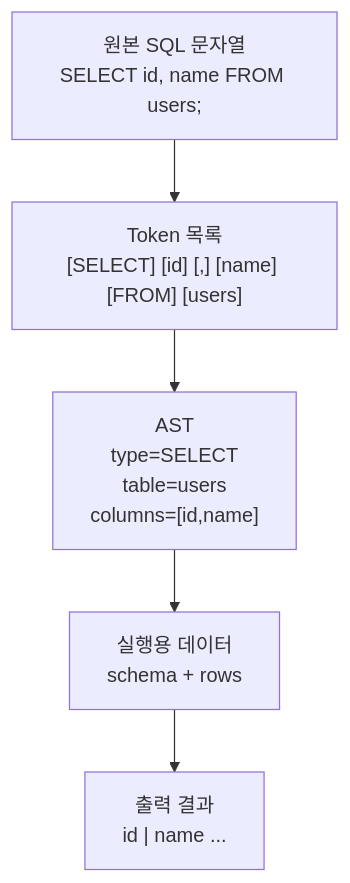
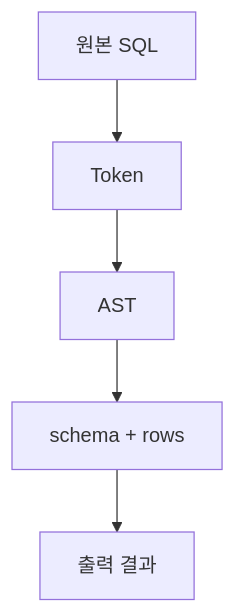
One commit to whiskend/sql-parser-engine changed the second of 11 diagrams in README.md. Above: the diagram before and after it, drawn with Mermaid. The commit also changed other lines of this file and 1 other file, not shown here.

````diff
--- a/README.md
+++ b/README.md
@@ -68,7 +38,7 @@
 ```mermaid
 flowchart TD
-    A["원본 SQL 문자열<br/>SELECT id, name FROM users;"] --> B["Token 목록<br/>[SELECT] [id] [,] [name] [FROM] [users]"]
-    B --> C["AST<br/>type=SELECT<br/>table=users<br/>columns=[id,name]"]
-    C --> D["실행용 데이터<br/>schema + rows"]
-    D --> E["출력 결과<br/>id | name ..."]
+    A["원본 SQL"] --> B["Token"]
+    B --> C["AST"]
+    C --> D["schema + rows"]
+    D --> E["출력 결과"]
 ```
````
